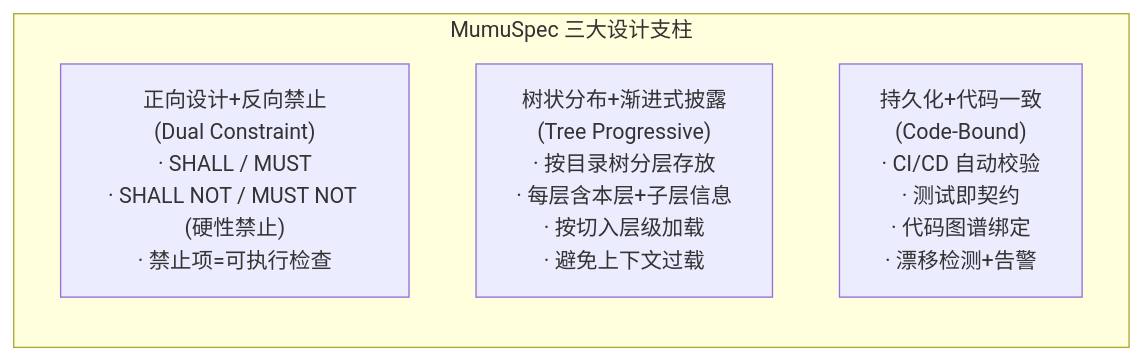
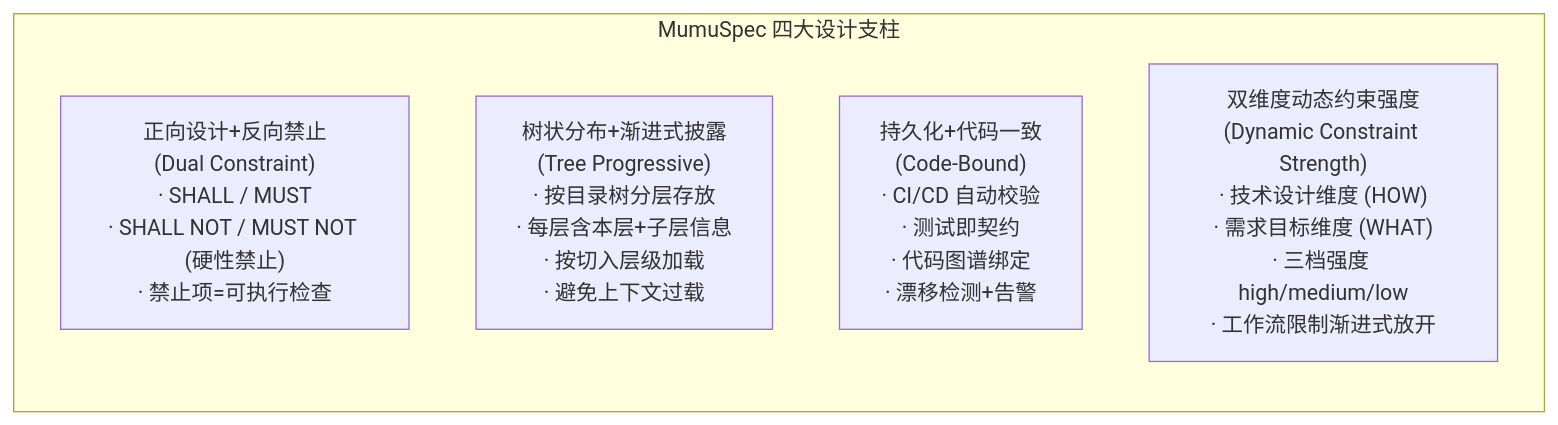
The first of 3 diagrams in docs/overview.md (luckyMUMU/mumuspec), drawn with Mermaid before and after one commit. The commit also changed other lines of this file and 44 other files, not shown here.

````diff
--- a/docs/overview.md
+++ b/docs/overview.md
@@ -92,8 +118,9 @@
 ```mermaid
 graph LR
-    subgraph Pillars["MumuSpec 三大设计支柱"]
+    subgraph Pillars["MumuSpec 四大设计支柱"]
         P1["正向设计+反向禁止<br/>(Dual Constraint)<br/>· SHALL / MUST<br/>· SHALL NOT / MUST NOT (硬性禁止)<br/>· 禁止项=可执行检查"]
         P2["树状分布+渐进式披露<br/>(Tree Progressive)<br/>· 按目录树分层存放<br/>· 每层含本层+子层信息<br/>· 按切入层级加载<br/>· 避免上下文过载"]
         P3["持久化+代码一致<br/>(Code-Bound)<br/>· CI/CD 自动校验<br/>· 测试即契约<br/>· 代码图谱绑定<br/>· 漂移检测+告警"]
+        P4["双维度动态约束强度<br/>(Dynamic Constraint Strength)<br/>· 技术设计维度 (HOW)<br/>· 需求目标维度 (WHAT)<br/>· 三档强度 high/medium/low<br/>· 工作流限制渐进式放开"]
     end
 ```
````
